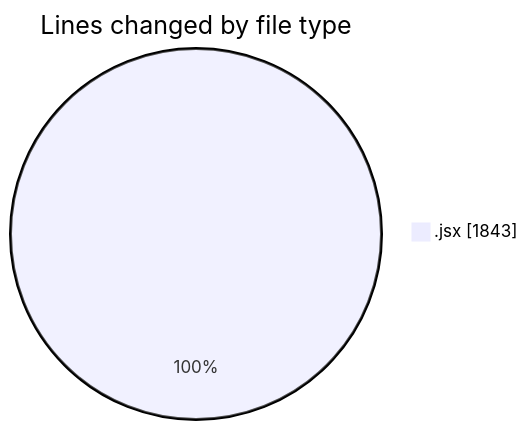
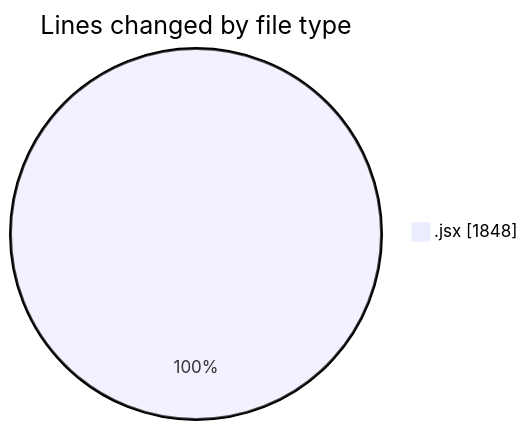
Before and after one commit to nxtqubesakshisongat/code-tracking: the first of 2 diagrams in 2025-05-07/nxtqube_webapp/README.md, drawn with Mermaid. The commit also changed other lines of this file and 1 other file, not shown here.

````diff
--- a/2025-05-07/nxtqube_webapp/README.md
+++ b/2025-05-07/nxtqube_webapp/README.md
@@ -20,5 +20,5 @@
 ```mermaid
 pie showData
 title Lines changed by file type
-".jsx" : 1843
+".jsx" : 1848
 ```
````
